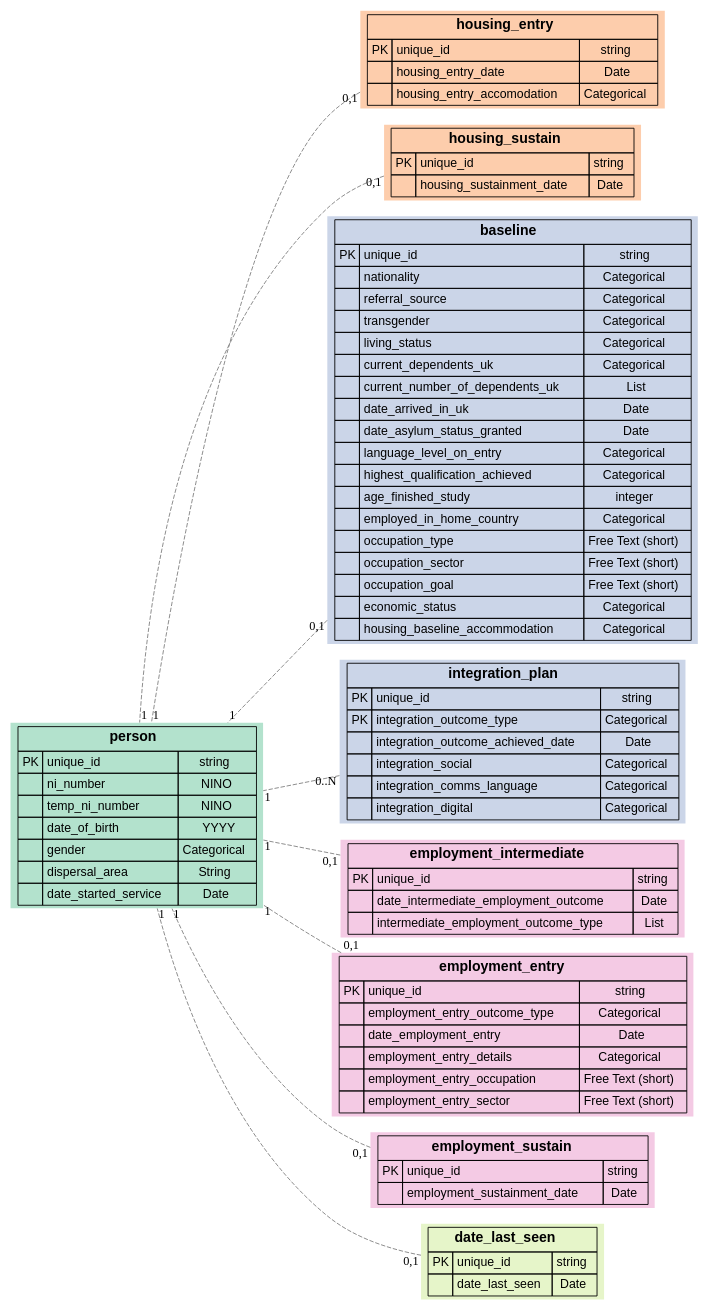
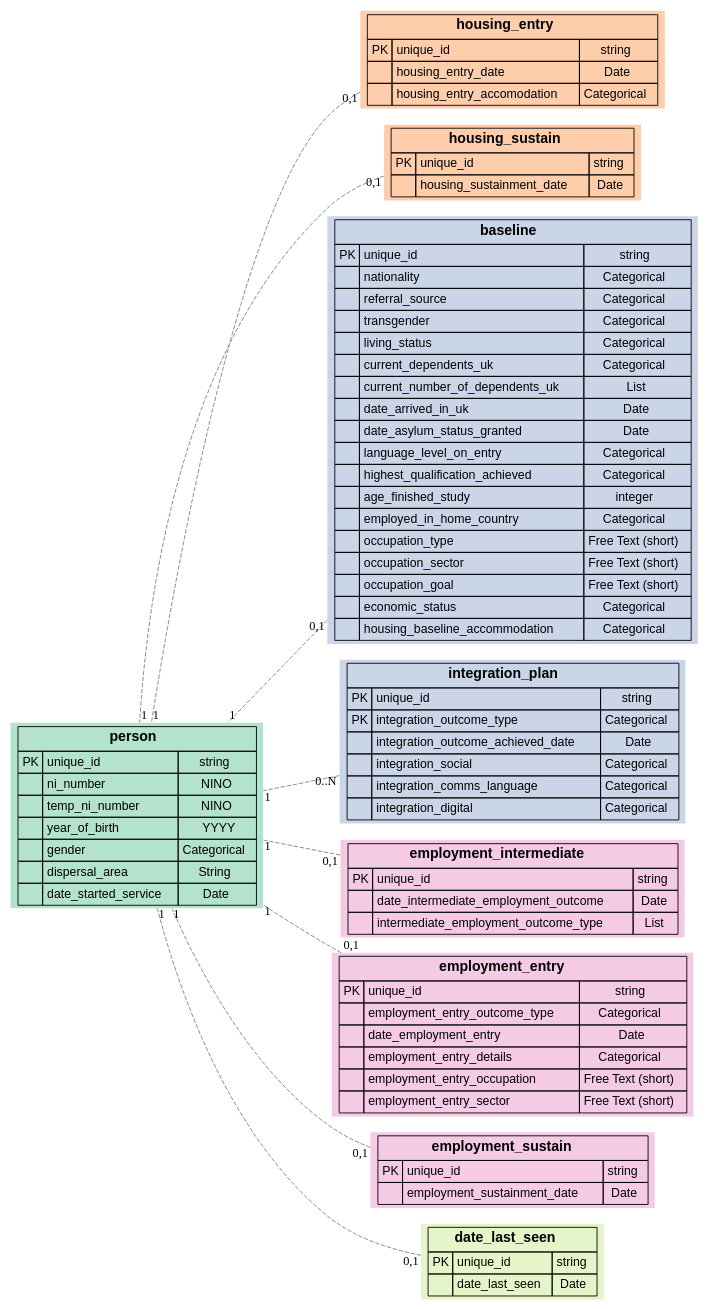
One commit to SocialFinanceDigitalLabs/RTOF-specification changed the diagram in assets/spec/record-relationships.dot. Above: the diagram before and after it, drawn with Graphviz. The commit also changed 7 other files, not shown here.

```diff
--- a/assets/spec/record-relationships.dot
+++ b/assets/spec/record-relationships.dot
@@ -33,7 +33,7 @@
         </TR>
         <TR>
             <TD></TD>
-            <TD ALIGN="LEFT">date_of_birth</TD>
+            <TD ALIGN="LEFT">year_of_birth</TD>
             <TD ALIGN="CENTER">YYYY</TD>
         </TR>
         <TR>
```
